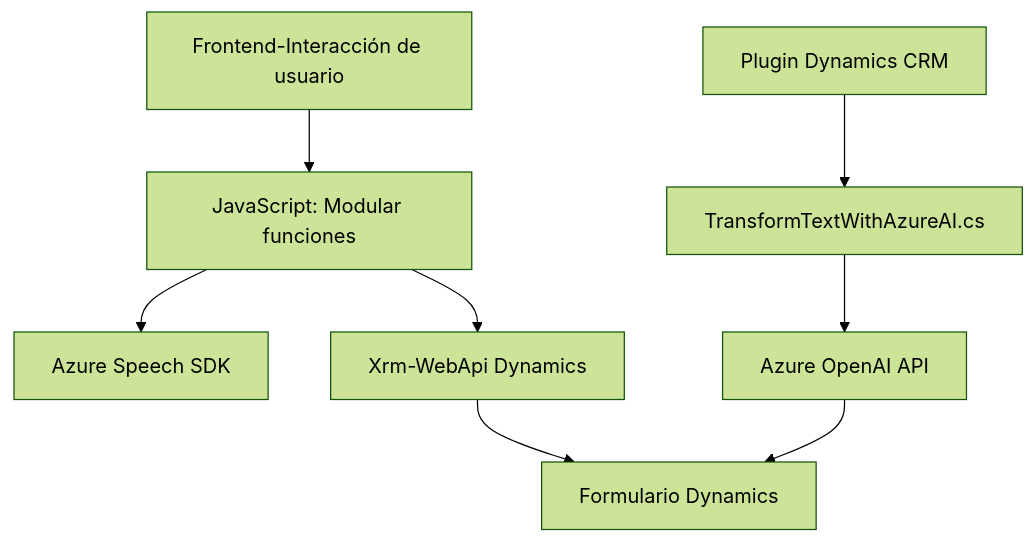
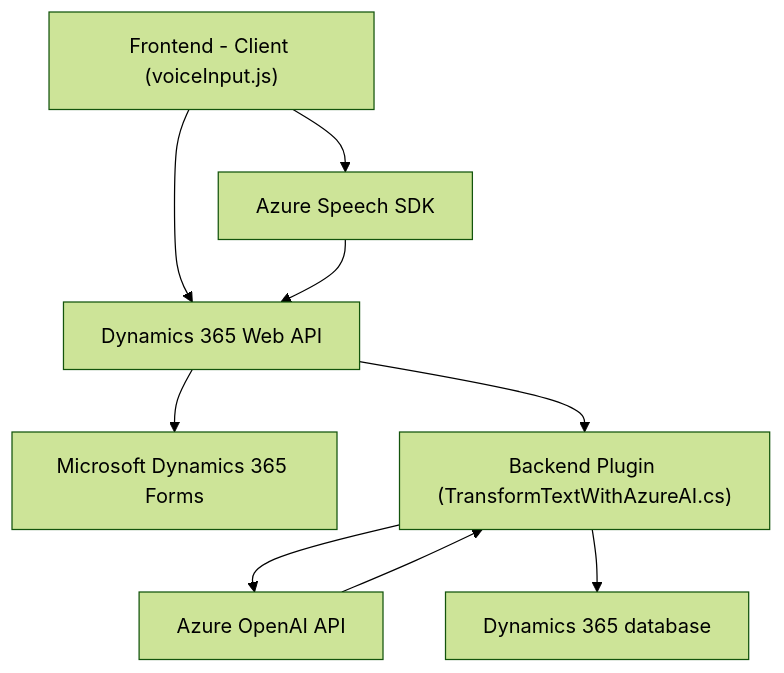
Before and after one commit to blopezdm/NETCORE_BILBAO2025: the diagram in README.md, drawn with Mermaid (forest theme). The commit also changed other lines of this file, not shown here.

````diff
--- a/README.md
+++ b/README.md
@@ -46,19 +49,11 @@
 ```mermaid
 graph TD
-    A["Frontend-Interacción de usuario"]
-    B["JavaScript: Modular funciones"]
-    C["Azure Speech SDK"]
-    D["Xrm-WebApi Dynamics"]
-    E["Plugin Dynamics CRM"]
-    F["TransformTextWithAzureAI.cs"]
-    G["Azure OpenAI API"]
-    H["Formulario Dynamics"]
-
-    A --> B
+    A["Frontend - Client (voiceInput.js)"] --> B["Azure Speech SDK"]
+    A --> C["Dynamics 365 Web API"]
+    C --> D["Microsoft Dynamics 365 Forms"]
     B --> C
-    B --> D
-    D --> H
-    E --> F
-    F --> G
-    G --> H
+    C --> E["Backend Plugin (TransformTextWithAzureAI.cs)"]
+    E --> F["Azure OpenAI API"]
+    F --> E
+    E --> G["Dynamics 365 database"]
 ```
````
